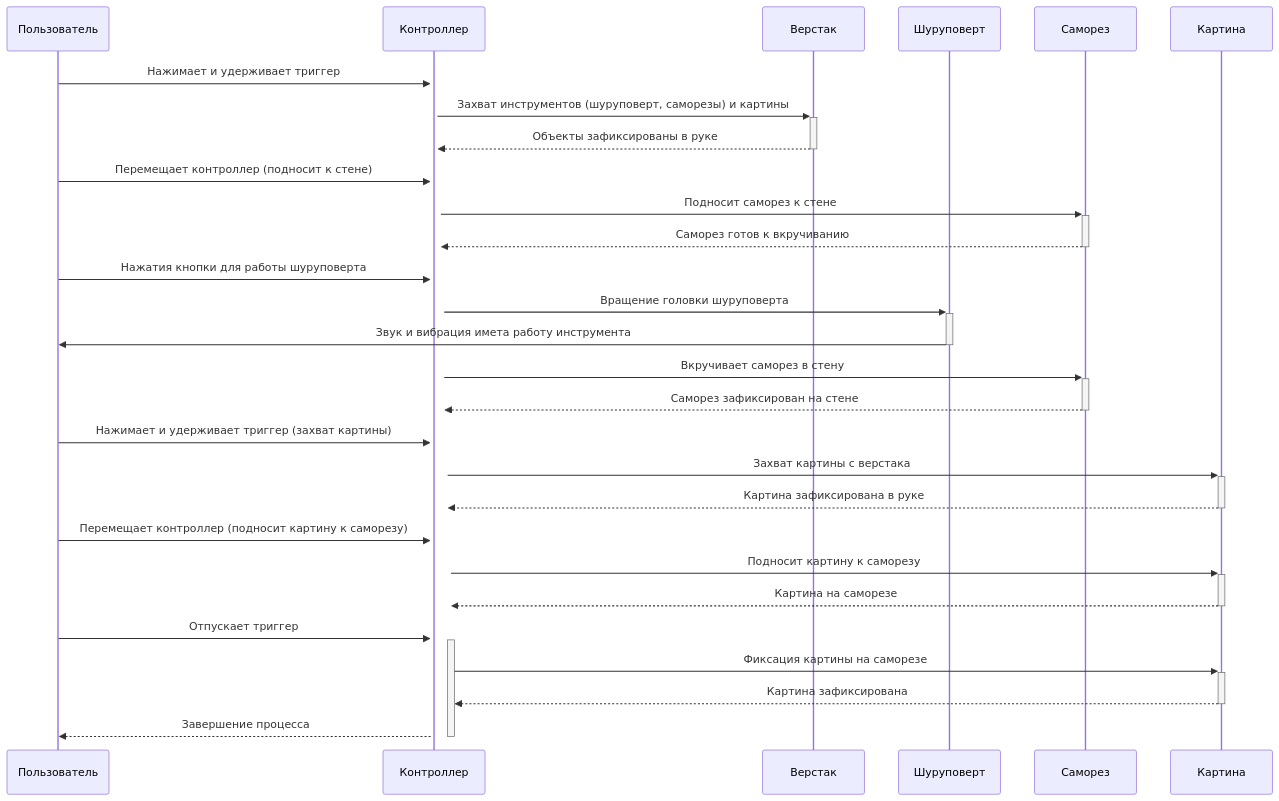
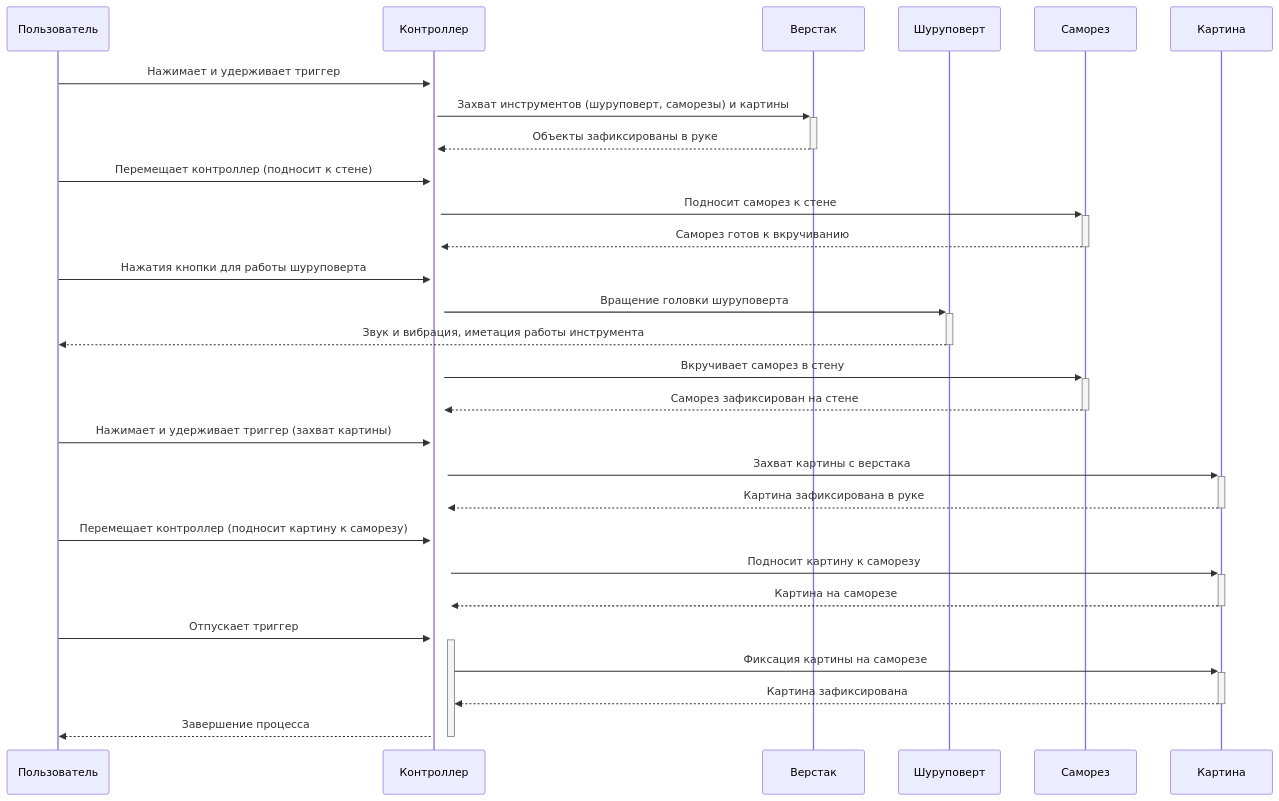
The diagram in all/не называться-1.md (NerdyCep/iodraw-files), drawn with Mermaid before and after one commit.

Commit message:
2025-02-25 18:29:32 update

````diff
--- a/all/не называться-1.md
+++ b/all/не называться-1.md
@@ -1,32 +1,32 @@
 ```mermaid
 sequenceDiagram
     participant Пользователь
     participant Контроллер
     participant Верстак
     participant Шуруповерт
     participant Саморез
     participant Картина
     
 
     Пользователь->>+Контроллер: Нажимает и удерживает триггер
     Контроллер->>+Верстак: Захват инструментов (шуруповерт, саморезы) и картины
     Верстак-->>-Контроллер: Объекты зафиксированы в руке
     Пользователь->>+Контроллер: Перемещает контроллер (подносит к стене)
     Контроллер->>+Саморез: Подносит саморез к стене
     Саморез-->>-Контроллер: Саморез готов к вкручиванию
     Пользователь->>+Контроллер: Нажатия кнопки для работы шуруповерта
     Контроллер->>+Шуруповерт: Вращение головки шуруповерта
-    Шуруповерт->>-Пользователь: Звук и вибрация имета работу инструмента
+    Шуруповерт-->>-Пользователь: Звук и вибрация, иметация работы инструмента
     Контроллер->>+Саморез: Вкручивает саморез в стену
     Саморез-->>-Контроллер: Саморез зафиксирован на стене
     Пользователь->>+Контроллер: Нажимает и удерживает триггер (захват картины)
     Контроллер->>+Картина: Захват картины с верстака
     Картина-->>-Контроллер: Картина зафиксирована в руке
     Пользователь->>+Контроллер: Перемещает контроллер (подносит картину к саморезу)
     Контроллер->>+Картина: Подносит картину к саморезу
     Картина-->>-Контроллер: Картина на саморезе
     Пользователь->>+Контроллер: Отпускает триггер
     Контроллер->>+Картина: Фиксация картины на саморезе
     Картина-->>-Контроллер: Картина зафиксирована
     Контроллер-->>-Пользователь: Завершение процесса
 ```
````
